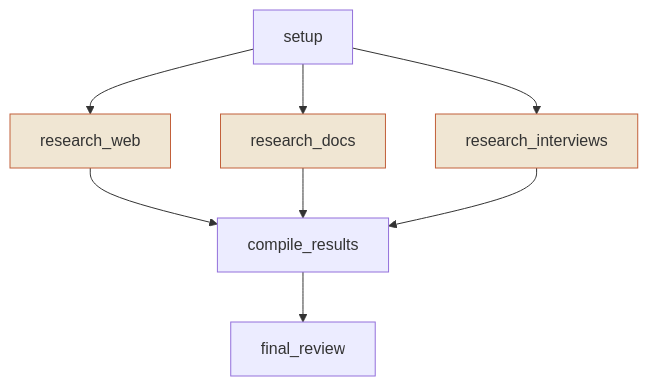
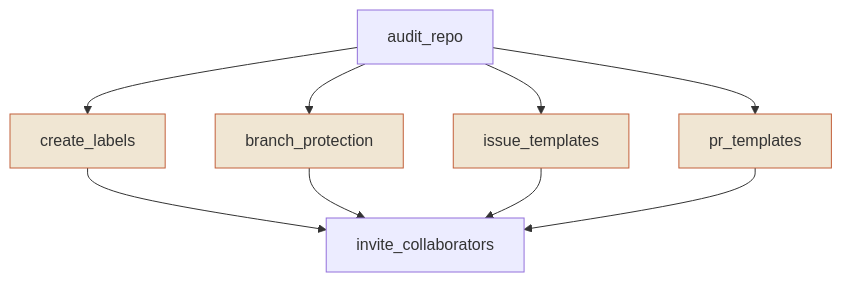
One commit to Unsupervisedcom/deepwork changed the third of 4 diagrams in doc/concepts.md. Above: the diagram before and after it, drawn with Mermaid. The commit also changed other lines of this file, not shown here.

First line of the commit message:
Replace abstract diagrams with repo setup job example

````diff
--- a/doc/concepts.md
+++ b/doc/concepts.md
@@ -206,14 +191,16 @@
 ```mermaid
 graph TD
-    S["setup"] --> R1["research_web"]
-    S --> R2["research_docs"]
-    S --> R3["research_interviews"]
-    R1 --> C["compile_results"]
-    R2 --> C
-    R3 --> C
-    C --> F["final_review"]
+    A["audit_repo"] --> L["create_labels"]
+    A --> B["branch_protection"]
+    A --> I["issue_templates"]
+    A --> P["pr_templates"]
+    L --> C["invite_collaborators"]
+    B --> C
+    I --> C
+    P --> C
 
-    style R1 fill:#f0e6d3,stroke:#c2603a
-    style R2 fill:#f0e6d3,stroke:#c2603a
-    style R3 fill:#f0e6d3,stroke:#c2603a
+    style L fill:#f0e6d3,stroke:#c2603a
+    style B fill:#f0e6d3,stroke:#c2603a
+    style I fill:#f0e6d3,stroke:#c2603a
+    style P fill:#f0e6d3,stroke:#c2603a
 ```
````
